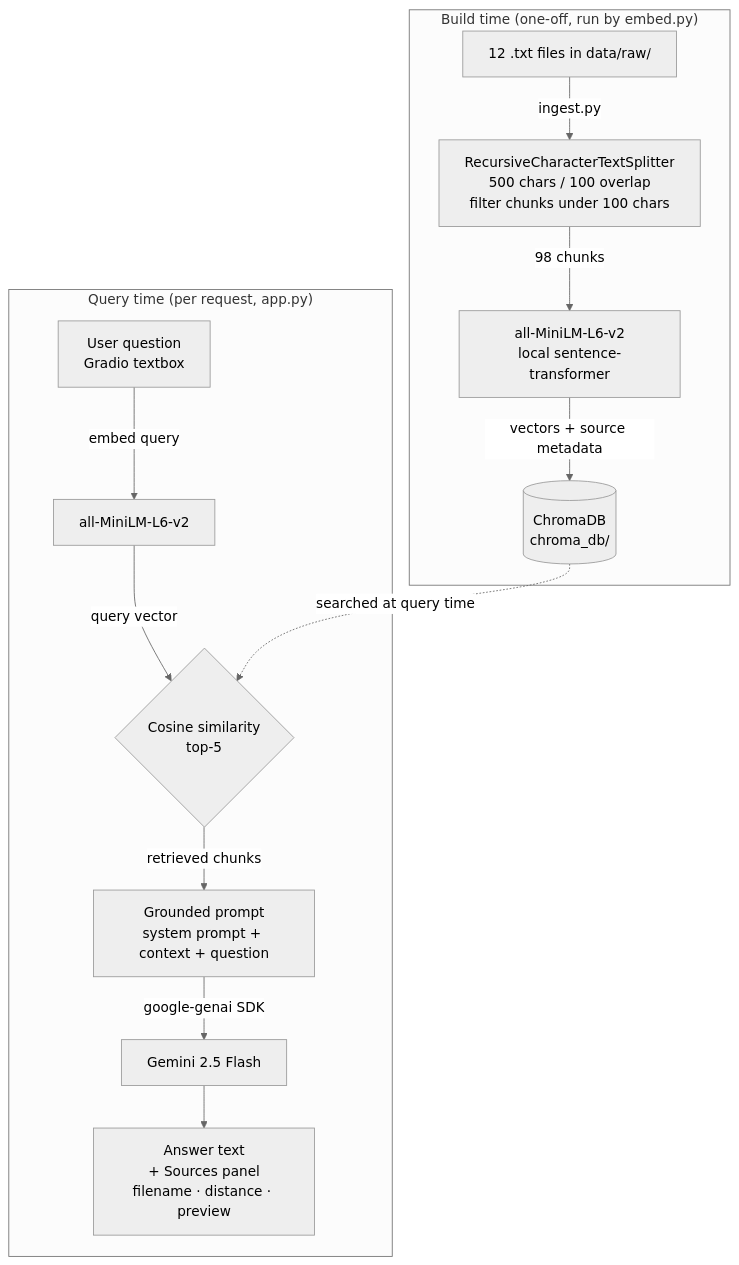
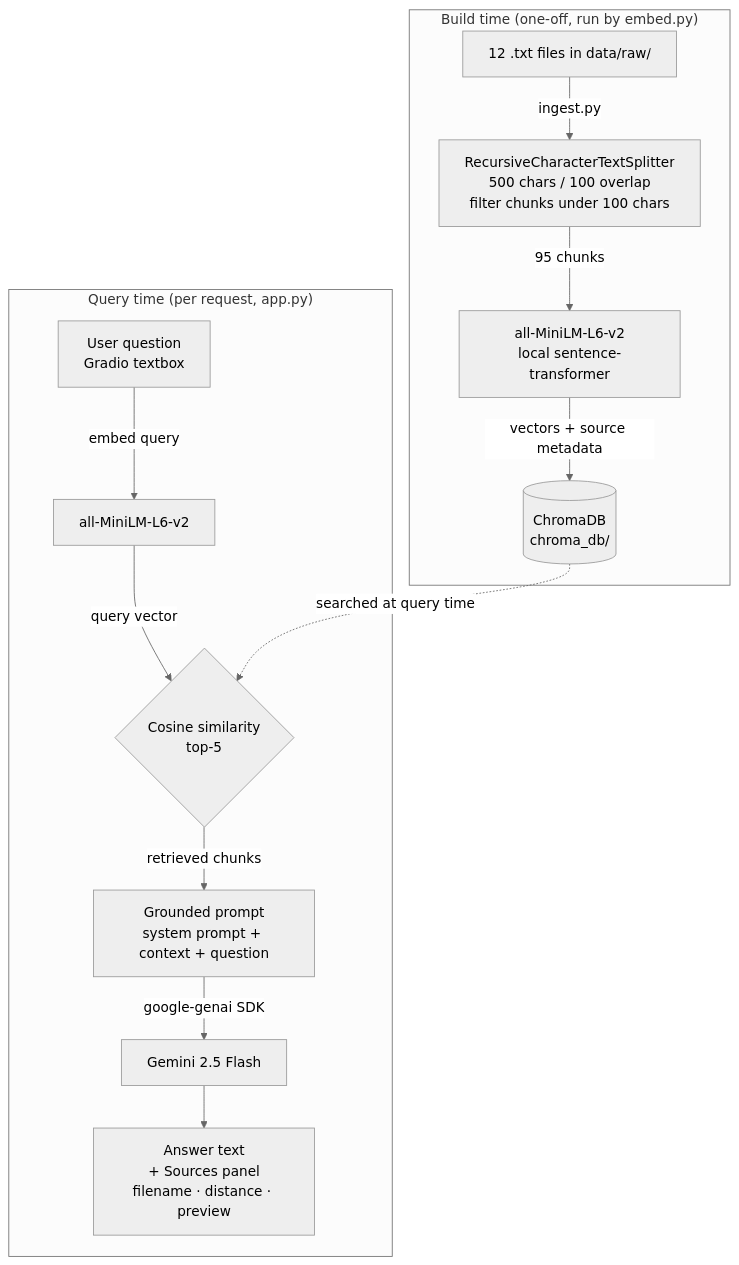
Before and after one commit to sh4wnbk/ai201-project1-unofficial-guide-starter: the diagram in README.md, drawn with Mermaid (neutral theme). The commit also changed other lines of this file and 6 other files, not shown here.

````diff
--- a/README.md
+++ b/README.md
@@ -36,18 +36,18 @@
 ```mermaid
 flowchart TD
     subgraph BUILD["Build time (one-off, run by embed.py)"]
         A[12 .txt files in data/raw/] -->|ingest.py| B[RecursiveCharacterTextSplitter<br/>500 chars / 100 overlap<br/>filter chunks under 100 chars]
-        B -->|98 chunks| C[all-MiniLM-L6-v2<br/>local sentence-transformer]
+        B -->|95 chunks| C[all-MiniLM-L6-v2<br/>local sentence-transformer]
         C -->|vectors + source metadata| D[(ChromaDB<br/>chroma_db/)]
     end
 
     subgraph QUERY["Query time (per request, app.py)"]
         E[User question<br/>Gradio textbox] -->|embed query| F[all-MiniLM-L6-v2]
         F -->|query vector| G{Cosine similarity<br/>top-5}
         G -->|retrieved chunks| H[Grounded prompt<br/>system prompt + context + question]
         H -->|google-genai SDK| I[Gemini 2.5 Flash]
         I --> J[Answer text<br/>+ Sources panel<br/>filename · distance · preview]
     end
 
     D -.->|searched at query time| G
 ```
````
